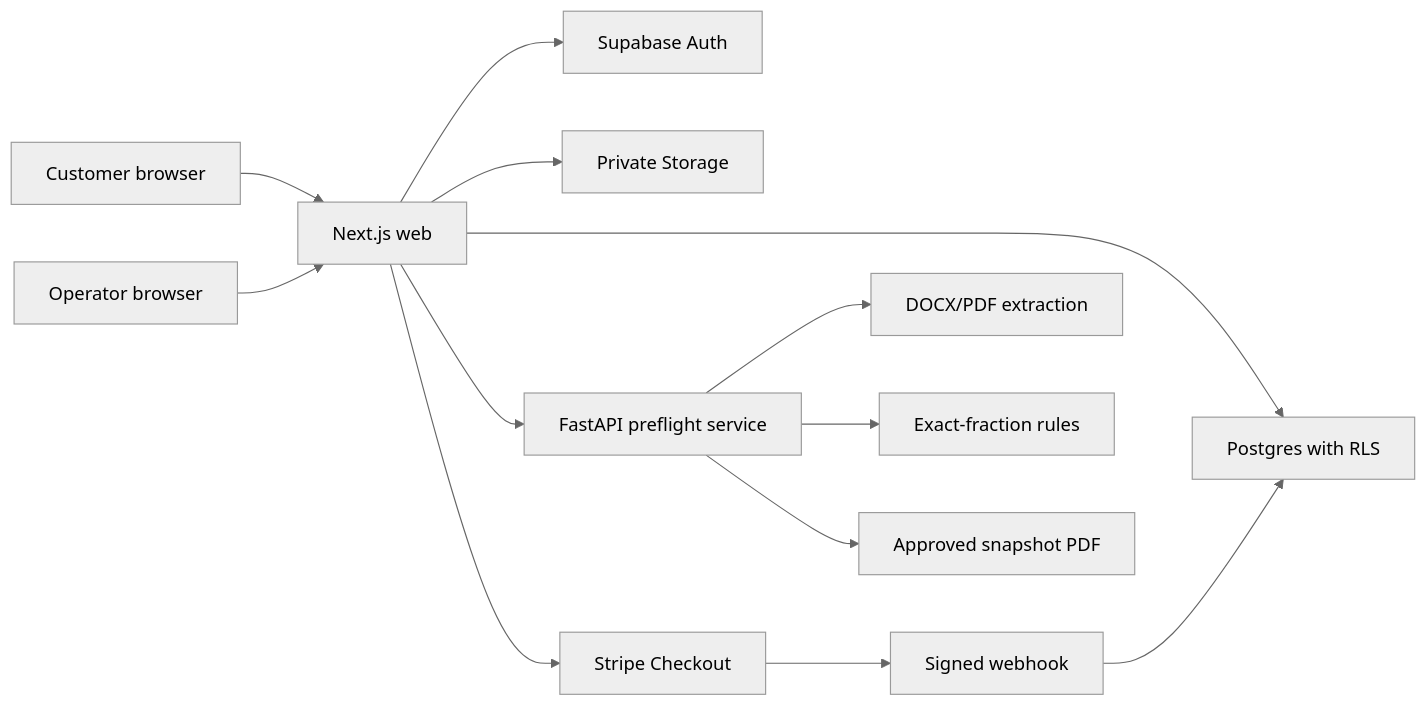
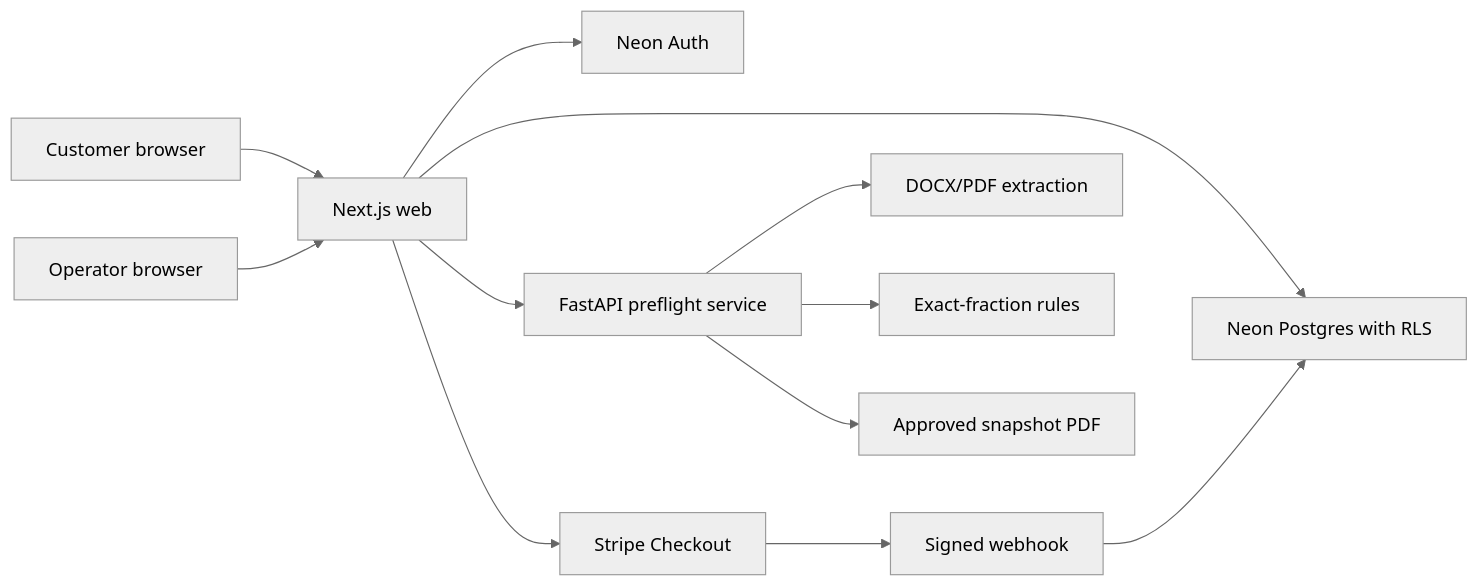
One commit to minhazk/quilt-pattern-preflight changed the diagram in docs/ARCHITECTURE.md. Above: the diagram before and after it, drawn with Mermaid (neutral theme). The commit also changed other lines of this file and 48 other files, not shown here.

````diff
--- a/docs/ARCHITECTURE.md
+++ b/docs/ARCHITECTURE.md
@@ -8,15 +9,14 @@
 ```mermaid
 flowchart LR
   C["Customer browser"] --> W["Next.js web"]
   O["Operator browser"] --> W
-  W --> A["Supabase Auth"]
-  W --> D["Postgres with RLS"]
-  W --> S["Private Storage"]
+  W --> A["Neon Auth"]
+  W --> D["Neon Postgres with RLS"]
   W --> P["FastAPI preflight service"]
   W --> T["Stripe Checkout"]
   T --> H["Signed webhook"]
   H --> D
   P --> X["DOCX/PDF extraction"]
   P --> R["Exact-fraction rules"]
   P --> F["Approved snapshot PDF"]
 ```
````
